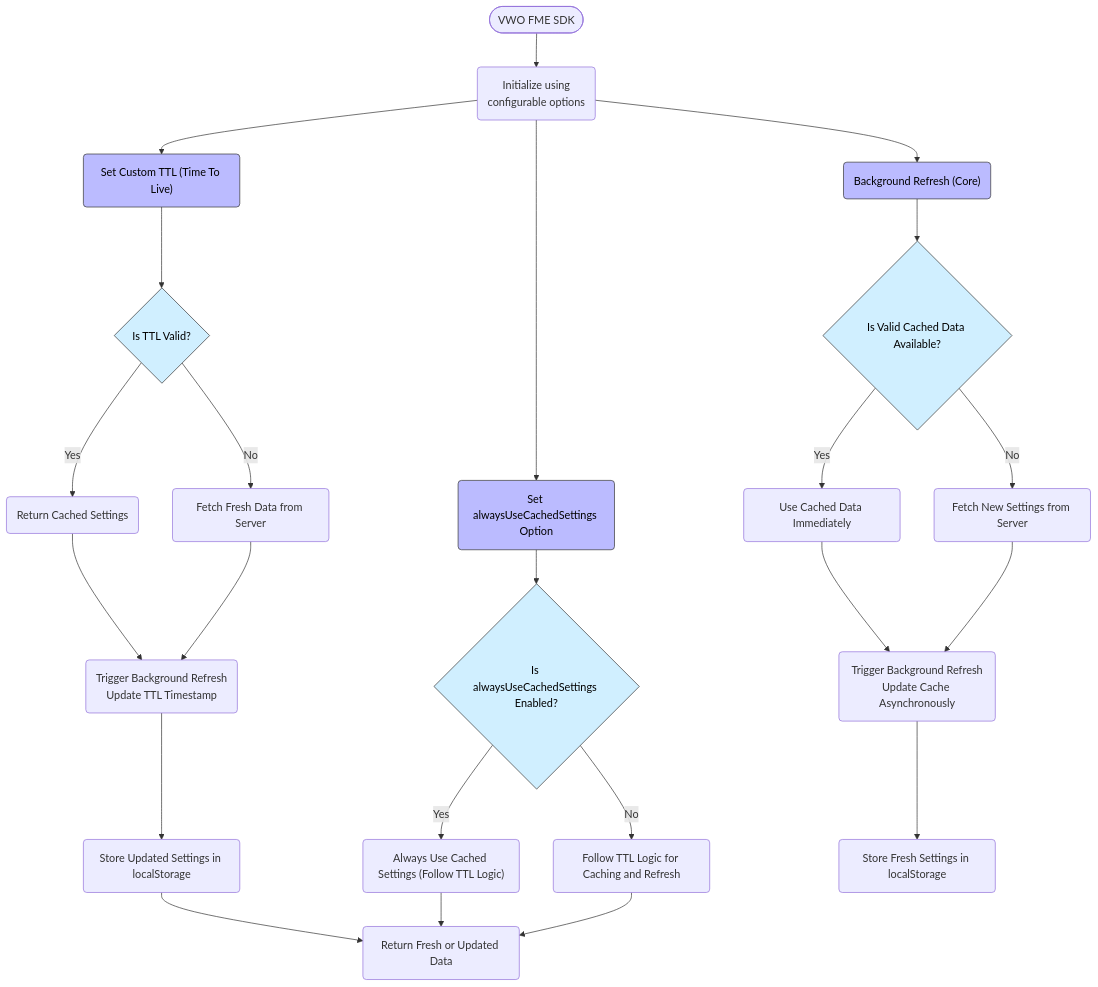
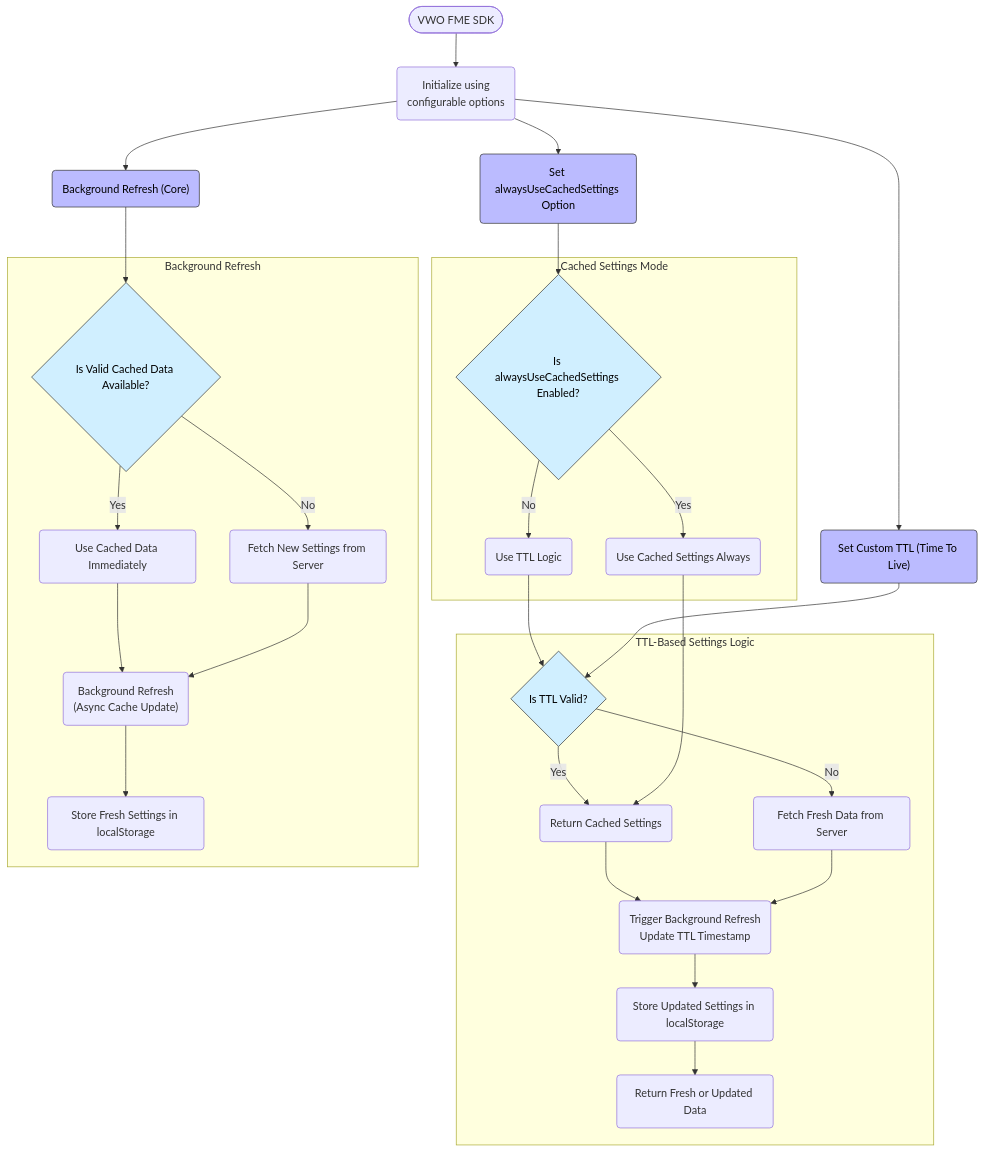
Before and after one commit to wingify/readme-central: the diagram in docs/SDK Reference/mobile-sdks/fme-javascript/cache-settings.md, drawn with Mermaid.

Commit message:
Update doc `cache-settings`

````diff
--- a/docs/SDK Reference/mobile-sdks/fme-javascript/cache-settings.md
+++ b/docs/SDK Reference/mobile-sdks/fme-javascript/cache-settings.md
@@ -12,48 +12,56 @@
 ```mermaid
 flowchart TD
+
+    %% ENTRY POINT
     A0(["VWO FME SDK"]) --> A("Initialize using<br/>configurable options")
     A --> B("Set Custom TTL (Time To Live)")
     A --> C("Set alwaysUseCachedSettings Option")
     A --> D("Background Refresh (Core)")
 
-    %% Settings Caching Flow
-    B --> B1{"Is TTL Valid?"}
-    B1 -- Yes --> B2("Return Cached Settings")
-    B1 -- No --> B3("Fetch Fresh Data from Server")
-    
-    B2 --> B4("Trigger Background Refresh<br/>Update TTL Timestamp")
-    B3 --> B4
-    B4 --> B5("Store Updated Settings in localStorage")
-    B5 --> B6("Return Fresh or Updated Data")
+    %% TTL Settings Logic (Reusable)
+    subgraph TTL_Logic ["TTL-Based Settings Logic"]
+        B1{"Is TTL Valid?"}
+        B1 -- Yes --> B2("Return Cached Settings")
+        B1 -- No --> B3("Fetch Fresh Data from Server")
+        B2 --> B4("Trigger Background Refresh<br/>Update TTL Timestamp")
+        B3 --> B4
+        B4 --> B5("Store Updated Settings in localStorage")
+        B5 --> B6("Return Fresh or Updated Data")
+    end
 
-    %% alwaysUseCachedSettings Flow
-    C --> C1{"Is alwaysUseCachedSettings Enabled?"}
-    C1 -- Yes --> C2("Always Use Cached Settings (Follow TTL Logic)")
-    C1 -- No --> C3("Follow TTL Logic for Caching and Refresh")
+    %% alwaysUseCachedSettings Logic
+    subgraph alwaysUseCachedSettings_Logic ["Cached Settings Mode"]
+        C1{"Is alwaysUseCachedSettings Enabled?"}
+        C1 -- Yes --> C2("Use Cached Settings Always")
+        C1 -- No --> C3("Use TTL Logic")
+        C2 --> B2
+        C3 --> B1
+    end
 
-    C2 --> B6
-    C3 --> B6
+    %% Background Refresh Logic
+    subgraph Background_Refresh_Core ["Background Refresh"]
+        D1{"Is Valid Cached Data Available?"}
+        D1 -- Yes --> D2("Use Cached Data Immediately")
+        D1 -- No --> D3("Fetch New Settings from Server")
+        D2 --> D4("Background Refresh<br/>(Async Cache Update)")
+        D3 --> D4
+        D4 --> D5("Store Fresh Settings in localStorage")
+    end
 
-    %% Background Refresh Core Logic
-    D --> D1{"Is Valid Cached Data Available?"}
-    D1 -- Yes --> D2("Use Cached Data Immediately")
-    D1 -- No --> D3("Fetch New Settings from Server")
-    D2 --> D4("Trigger Background Refresh<br/>Update Cache Asynchronously")
-    D3 --> D4
-    D4 --> D5("Store Fresh Settings in localStorage")
+    %% Main Flow to Subgraphs
+    B --> B1
+    C --> C1
+    D --> D1
 
     %% Assign Classes
     class B ttlSettings
     class C alwaysUseCachedSettings
     class D backgroundRefresh
-    class B1 conditional
-    class C1 conditional
-    class D1 conditional
+    class B1,C1,D1 conditional
 
     %% Define Styles
     classDef ttlSettings fill:#bbf,stroke:#333,stroke-width:1px,color:#000
     classDef alwaysUseCachedSettings fill:#bbf,stroke:#333,stroke-width:1px,color:#000
     classDef backgroundRefresh fill:#bbf,stroke:#333,stroke-width:1px,color:#000
     classDef conditional fill:#d0efff,stroke:#333,stroke-width:1px,color:#000
-
 ```
````
